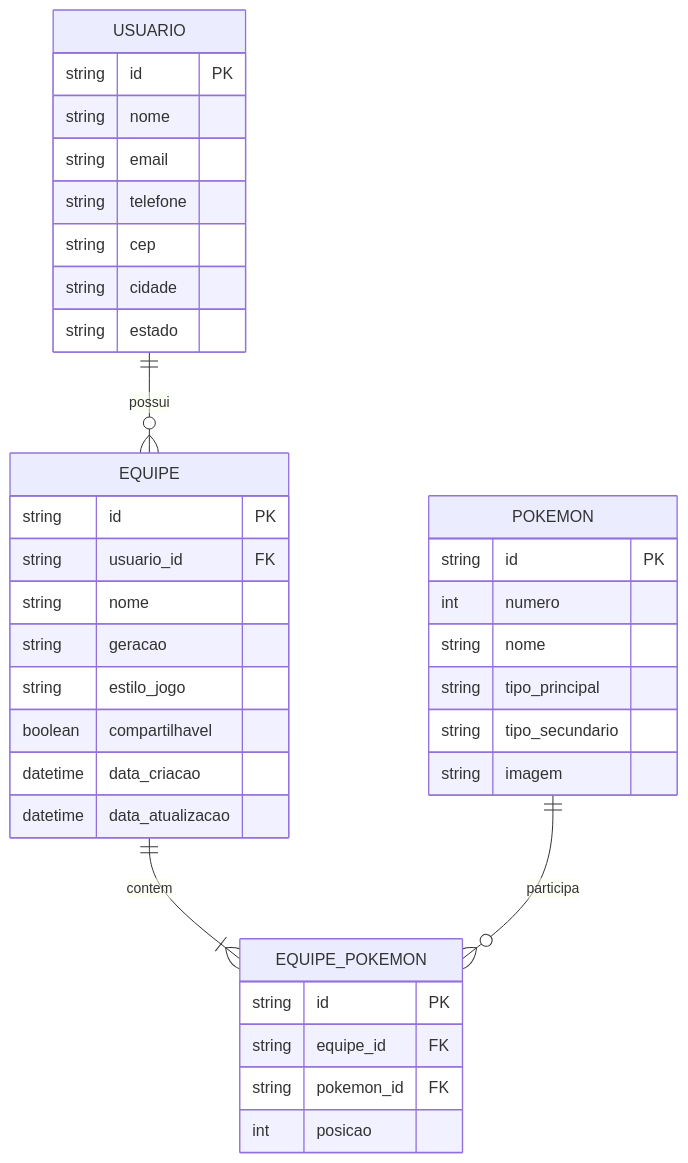
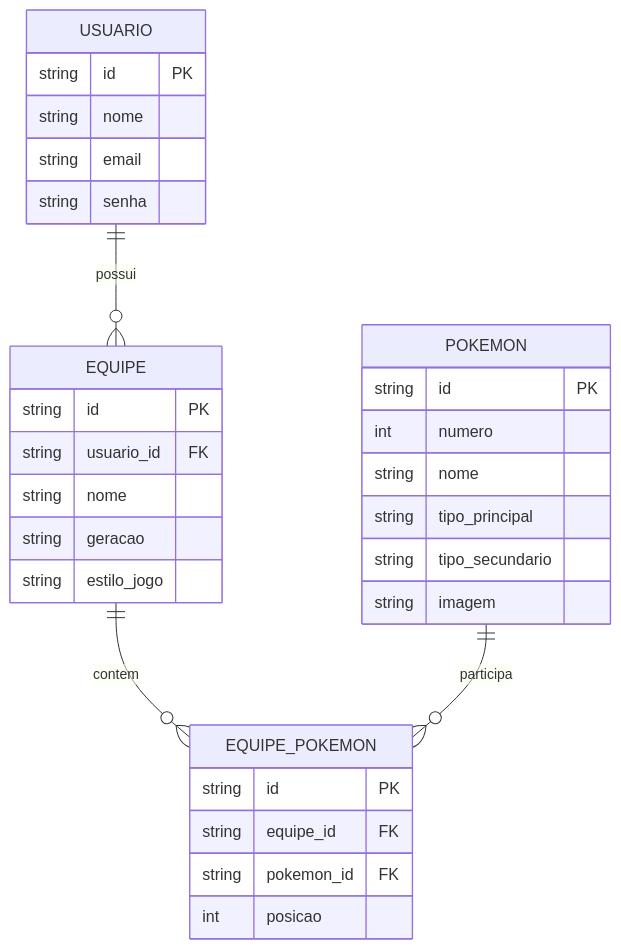
One commit to Lucas-Romitti/nidolab changed the diagram in docs/architecture.md. Above: the diagram before and after it, drawn with Mermaid. The commit also changed other lines of this file, not shown here.

````diff
--- a/docs/architecture.md
+++ b/docs/architecture.md
@@ -69,47 +9,38 @@
 ```mermaid
 erDiagram
 
     USUARIO ||--o{ EQUIPE : possui
-
-    EQUIPE ||--|{ EQUIPE_POKEMON : contem
-
+    EQUIPE ||--o{ EQUIPE_POKEMON : contem
     POKEMON ||--o{ EQUIPE_POKEMON : participa
-
 
     USUARIO {
         string id PK
         string nome
         string email
-        string telefone
-        string cep
-        string cidade
-        string estado
+        string senha
     }
 
     EQUIPE {
         string id PK
         string usuario_id FK
         string nome
         string geracao
         string estilo_jogo
-        boolean compartilhavel
-        datetime data_criacao
-        datetime data_atualizacao
     }
 
     POKEMON {
         string id PK
         int numero
         string nome
         string tipo_principal
         string tipo_secundario
         string imagem
     }
 
     EQUIPE_POKEMON {
         string id PK
         string equipe_id FK
         string pokemon_id FK
         int posicao
     }
 ```
````
